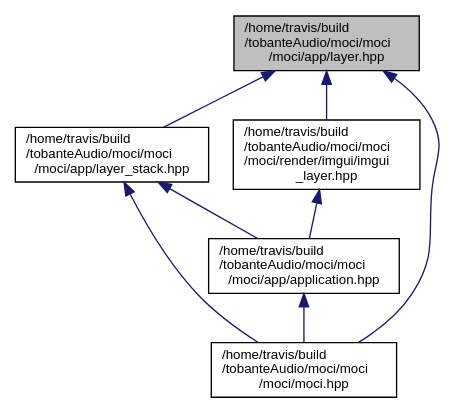
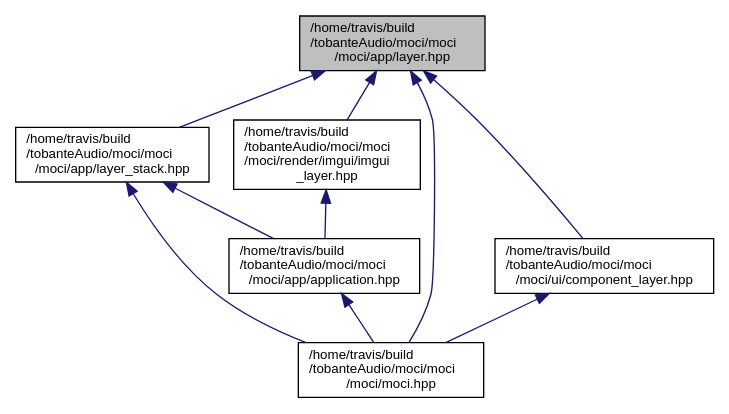
One commit to tobanteAudio/moci changed the diagram in layer_8hpp__dep__incl.dot. Above: the diagram before and after it, drawn with Graphviz. The commit also changed 93 other files, not shown here.

Commit message:
Deploy tobanteAudio/moci to github.com/tobanteAudio/moci.git:gh-pages

```diff
--- a/layer_8hpp__dep__incl.dot
+++ b/layer_8hpp__dep__incl.dot
@@ -1,17 +1,20 @@
 digraph "/home/travis/build/tobanteAudio/moci/moci/moci/app/layer.hpp"
 {
   edge [fontname="Helvetica",fontsize="10",labelfontname="Helvetica",labelfontsize="10"];
   node [fontname="Helvetica",fontsize="10",shape=record];
   Node8 [label="/home/travis/build\l/tobanteAudio/moci/moci\l/moci/app/layer.hpp",height=0.2,width=0.4,color="black", fillcolor="grey75", style="filled", fontcolor="black"];
   Node8 -> Node9 [dir="back",color="midnightblue",fontsize="10",style="solid",fontname="Helvetica"];
   Node9 [label="/home/travis/build\l/tobanteAudio/moci/moci\l/moci/app/layer_stack.hpp",height=0.2,width=0.4,color="black", fillcolor="white", style="filled",URL="$layer__stack_8hpp.html"];
   Node9 -> Node10 [dir="back",color="midnightblue",fontsize="10",style="solid",fontname="Helvetica"];
   Node10 [label="/home/travis/build\l/tobanteAudio/moci/moci\l/moci/app/application.hpp",height=0.2,width=0.4,color="black", fillcolor="white", style="filled",URL="$application_8hpp.html"];
   Node10 -> Node11 [dir="back",color="midnightblue",fontsize="10",style="solid",fontname="Helvetica"];
   Node11 [label="/home/travis/build\l/tobanteAudio/moci/moci\l/moci/moci.hpp",height=0.2,width=0.4,color="black", fillcolor="white", style="filled",URL="$moci_8hpp.html"];
   Node9 -> Node11 [dir="back",color="midnightblue",fontsize="10",style="solid",fontname="Helvetica"];
   Node8 -> Node11 [dir="back",color="midnightblue",fontsize="10",style="solid",fontname="Helvetica"];
   Node8 -> Node12 [dir="back",color="midnightblue",fontsize="10",style="solid",fontname="Helvetica"];
   Node12 [label="/home/travis/build\l/tobanteAudio/moci/moci\l/moci/render/imgui/imgui\l_layer.hpp",height=0.2,width=0.4,color="black", fillcolor="white", style="filled",URL="$imgui__layer_8hpp.html"];
   Node12 -> Node10 [dir="back",color="midnightblue",fontsize="10",style="solid",fontname="Helvetica"];
+  Node8 -> Node13 [dir="back",color="midnightblue",fontsize="10",style="solid",fontname="Helvetica"];
+  Node13 [label="/home/travis/build\l/tobanteAudio/moci/moci\l/moci/ui/component_layer.hpp",height=0.2,width=0.4,color="black", fillcolor="white", style="filled",URL="$component__layer_8hpp.html"];
+  Node13 -> Node11 [dir="back",color="midnightblue",fontsize="10",style="solid",fontname="Helvetica"];
 }
```
